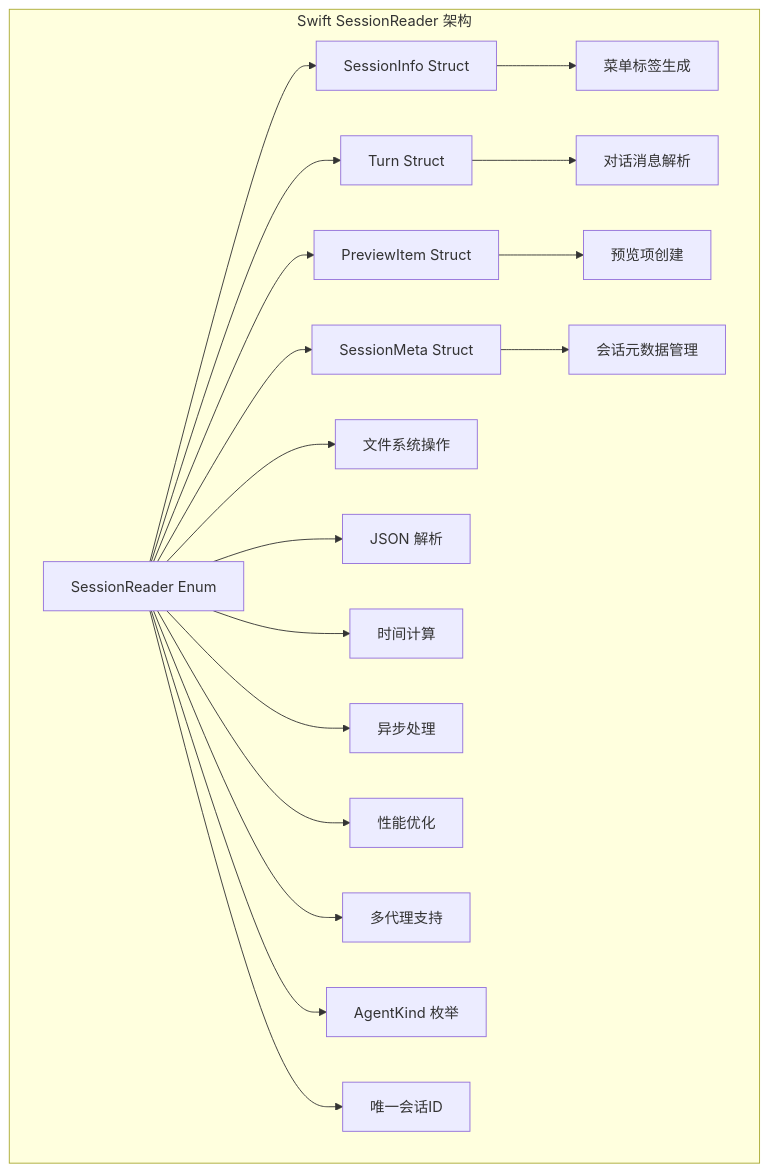
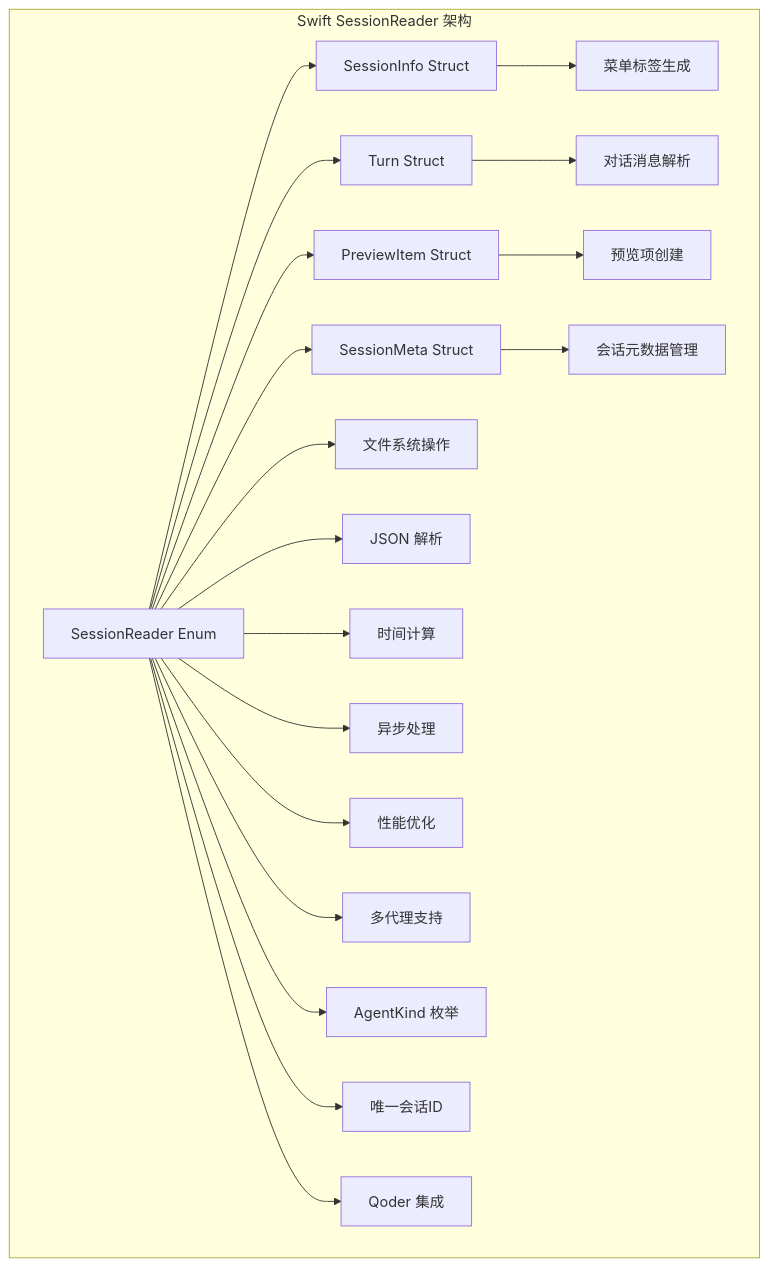
Diagram 26 of 33 in .qoder/repowiki/zh/content/核心架构/会话管理系统.md (WyRainBow/PromptCocoPilot), drawn with Mermaid before and after one commit. The commit also changed other lines of this file and 134 other files, not shown here.

````diff
--- a/.qoder/repowiki/zh/content/核心架构/会话管理系统.md
+++ b/.qoder/repowiki/zh/content/核心架构/会话管理系统.md
@@ -935,21 +1228,22 @@
 ```mermaid
 graph TB
 subgraph "Swift SessionReader 架构"
 A[SessionReader Enum] --> B[SessionInfo Struct]
 A --> C[Turn Struct]
 A --> D[PreviewItem Struct]
 A --> E[SessionMeta Struct]
 B --> F[菜单标签生成]
 C --> G[对话消息解析]
 D --> H[预览项创建]
 E --> I[会话元数据管理]
 A --> J[文件系统操作]
 A --> K[JSON 解析]
 A --> L[时间计算]
 A --> M[异步处理]
 A --> N[性能优化]
 A --> O[多代理支持]
 A --> P[AgentKind 枚举]
 A --> Q[唯一会话ID]
+A --> R[Qoder 集成]
 end
 ```
````
